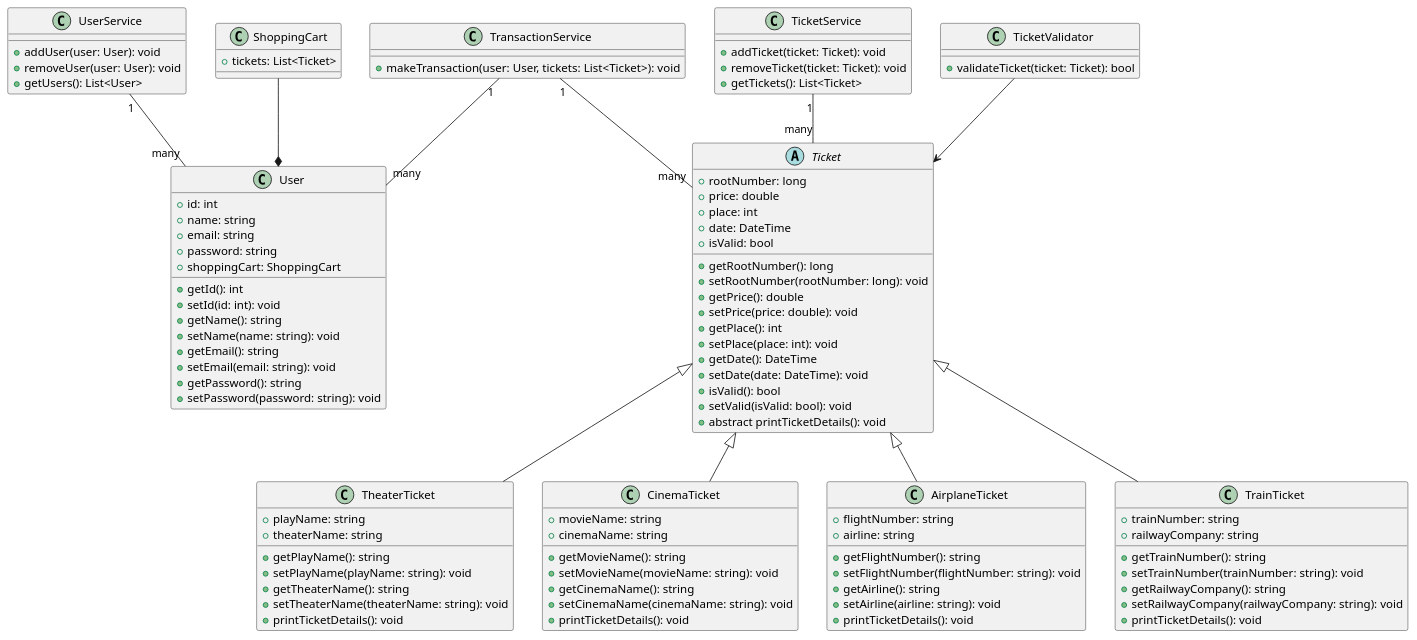
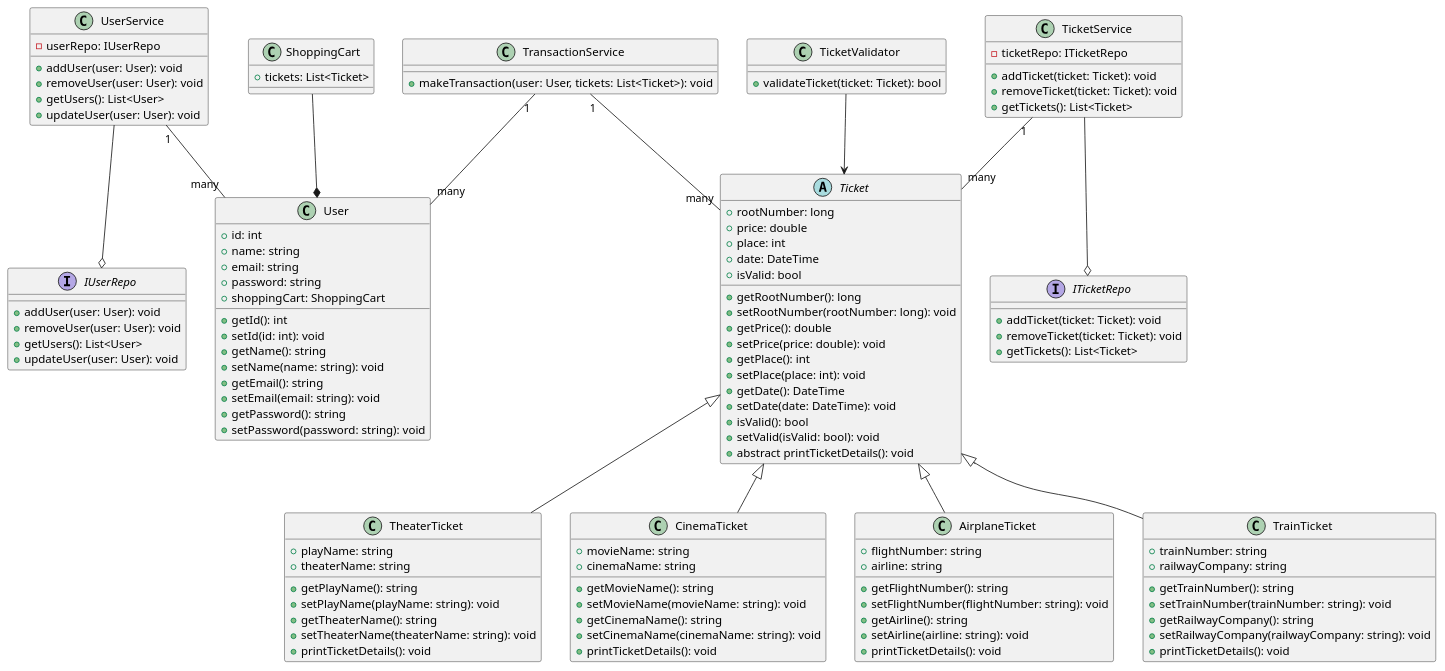
Before and after one commit to clover-soft/soft-architecture: the diagram in lesson04/TicketService.puml, drawn with PlantUML. The commit also changed 18 other files, not shown here.

```diff
--- a/lesson04/TicketService.puml
+++ b/lesson04/TicketService.puml
@@ -1,114 +1,133 @@
 @startuml TicketService
 
-class UserService {
+interface IUserRepo {
     + addUser(user: User): void
     + removeUser(user: User): void
     + getUsers(): List<User>
+    + updateUser(user: User): void
+}
+
+interface ITicketRepo {
+    + addTicket(ticket: Ticket): void
+    + removeTicket(ticket: Ticket): void
+    + getTickets(): List<Ticket>
+}
+
+class UserService {
+    - userRepo: IUserRepo
+    + addUser(user: User): void
+    + removeUser(user: User): void
+    + getUsers(): List<User>
+    + updateUser(user: User): void
 }
 
 class TicketService {
+    - ticketRepo: ITicketRepo
     + addTicket(ticket: Ticket): void
     + removeTicket(ticket: Ticket): void
     + getTickets(): List<Ticket>
 }
 
 abstract class Ticket {
     + rootNumber: long
     + price: double
     + place: int
     + date: DateTime
     + isValid: bool
     + getRootNumber(): long
     + setRootNumber(rootNumber: long): void
     + getPrice(): double
     + setPrice(price: double): void
     + getPlace(): int
     + setPlace(place: int): void
     + getDate(): DateTime
     + setDate(date: DateTime): void
     + isValid(): bool
     + setValid(isValid: bool): void
     + abstract printTicketDetails(): void
 }
 
 class TheaterTicket {
     + playName: string
     + theaterName: string
     + getPlayName(): string
     + setPlayName(playName: string): void
     + getTheaterName(): string
     + setTheaterName(theaterName: string): void
     + printTicketDetails(): void
 }
 
 class CinemaTicket {
     + movieName: string
     + cinemaName: string
     + getMovieName(): string
     + setMovieName(movieName: string): void
     + getCinemaName(): string
     + setCinemaName(cinemaName: string): void
     + printTicketDetails(): void
 }
 
 class AirplaneTicket {
     + flightNumber: string
     + airline: string
     + getFlightNumber(): string
     + setFlightNumber(flightNumber: string): void
     + getAirline(): string
     + setAirline(airline: string): void
     + printTicketDetails(): void
 }
 
 class TrainTicket {
     + trainNumber: string
     + railwayCompany: string
     + getTrainNumber(): string
     + setTrainNumber(trainNumber: string): void
     + getRailwayCompany(): string
     + setRailwayCompany(railwayCompany: string): void
     + printTicketDetails(): void
 }
 
 class TransactionService {
     + makeTransaction(user: User, tickets: List<Ticket>): void
 }
 
 class TicketValidator {
     + validateTicket(ticket: Ticket): bool
 }
 
 class User {
     + id: int
     + name: string
     + email: string
     + password: string
     + shoppingCart: ShoppingCart
     + getId(): int
     + setId(id: int): void
     + getName(): string
     + setName(name: string): void
     + getEmail(): string
     + setEmail(email: string): void
     + getPassword(): string
     + setPassword(password: string): void
 }
 
 class ShoppingCart {
     + tickets: List<Ticket>
 }
 
 UserService "1" -- "many" User
 TicketService "1" -- "many" Ticket
 TicketValidator --> Ticket
 TransactionService "1" -- "many" Ticket
 TransactionService "1" -- "many" User
 ShoppingCart --* User
+TicketService --o ITicketRepo
+UserService --o IUserRepo
+
 
 Ticket <|-- TheaterTicket
 Ticket <|-- CinemaTicket
 Ticket <|-- AirplaneTicket
 Ticket <|-- TrainTicket
 
 @enduml
```
